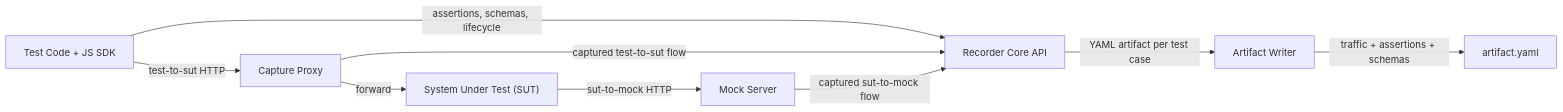
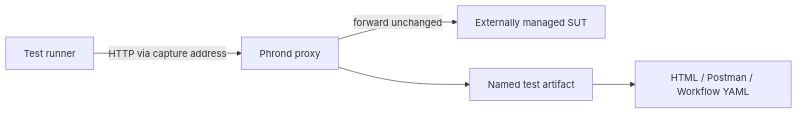
Before and after one commit to mattlock83/wiretap: the diagram in docs/testing-tool-requirements-and-design.md, drawn with Mermaid. The commit also changed other lines of this file and 67 other files, not shown here.

Commit message:
refactor: focus phrond on traffic capture

````diff
--- a/docs/testing-tool-requirements-and-design.md
+++ b/docs/testing-tool-requirements-and-design.md
@@ -174,13 +21,7 @@
 ```mermaid
 flowchart LR
-  Test["Test Code + JS SDK"] -->|test-to-sut HTTP| Proxy["Capture Proxy"]
-  Proxy -->|forward| SUT["System Under Test (SUT)"]
-  SUT -->|sut-to-mock HTTP| Mock["Mock Server"]
-
-  Test -->|assertions, schemas, lifecycle| Core["Recorder Core API"]
-  Proxy -->|captured test-to-sut flow| Core
-  Mock -->|captured sut-to-mock flow| Core
-
-  Core -->|YAML artifact per test case| Artifact["Artifact Writer"]
-  Artifact -->|traffic + assertions + schemas| File["artifact.yaml"]
+  Test["Test runner"] -->|HTTP via capture address| Proxy["Phrond proxy"]
+  Proxy -->|forward unchanged| SUT["Externally managed SUT"]
+  Proxy --> Store["Named test artifact"]
+  Store --> Reports["HTML / Postman / Workflow YAML"]
 ```
````
